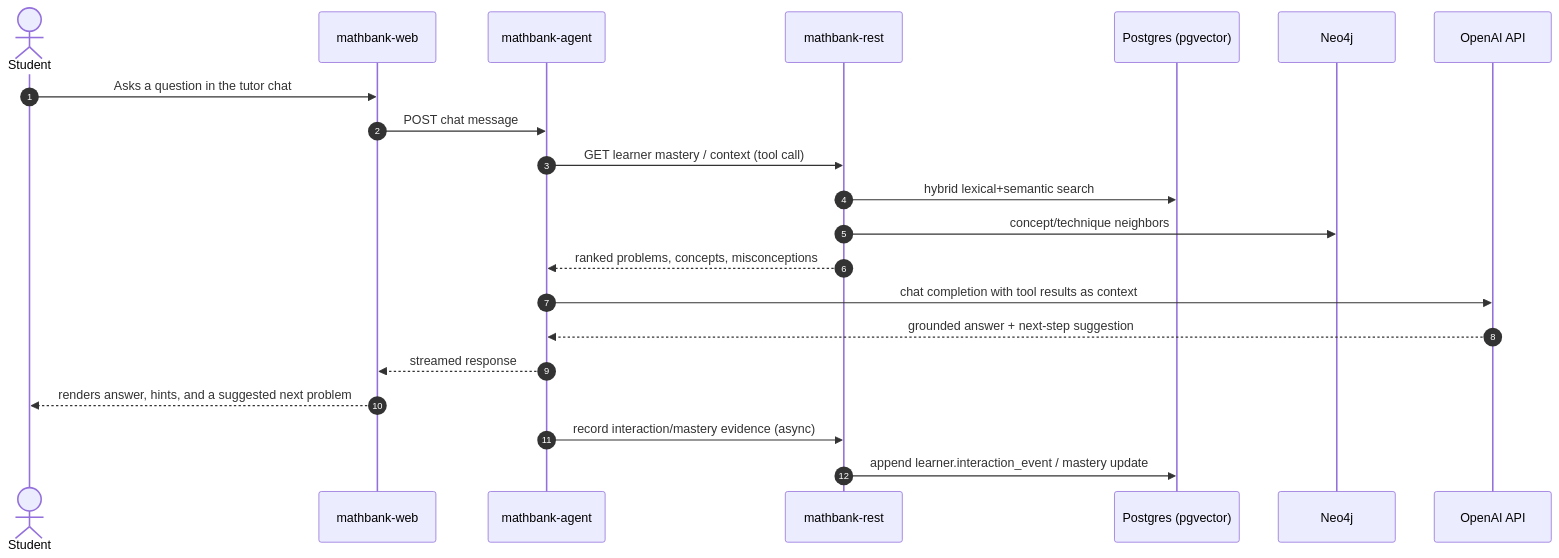
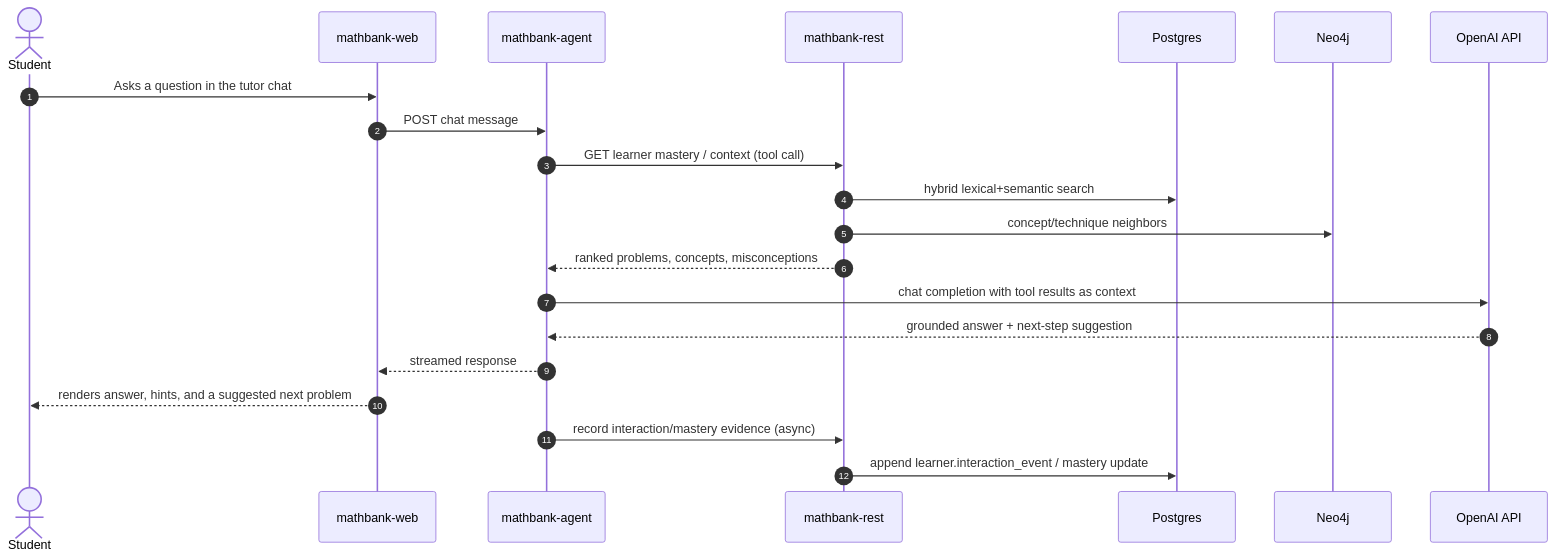
Before and after one commit to sutanuchaudhuri/knowledge-bank-ingestion: the fourth of 11 diagrams in README.md, drawn with Mermaid. The commit also changed other lines of this file, not shown here.

````diff
--- a/README.md
+++ b/README.md
@@ -259,24 +259,24 @@
 ```mermaid
 sequenceDiagram
     autonumber
     actor S as Student
     participant W as mathbank-web
     participant A as mathbank-agent
     participant R as mathbank-rest
-    participant PG as Postgres (pgvector)
+    participant PG as Postgres
     participant N4 as Neo4j
     participant AI as OpenAI API
 
     S->>W: Asks a question in the tutor chat
     W->>A: POST chat message
     A->>R: GET learner mastery / context (tool call)
     R->>PG: hybrid lexical+semantic search
     R->>N4: concept/technique neighbors
     R-->>A: ranked problems, concepts, misconceptions
     A->>AI: chat completion with tool results as context
     AI-->>A: grounded answer + next-step suggestion
     A-->>W: streamed response
     W-->>S: renders answer, hints, and a suggested next problem
     A->>R: record interaction/mastery evidence (async)
     R->>PG: append learner.interaction_event / mastery update
 ```
````
